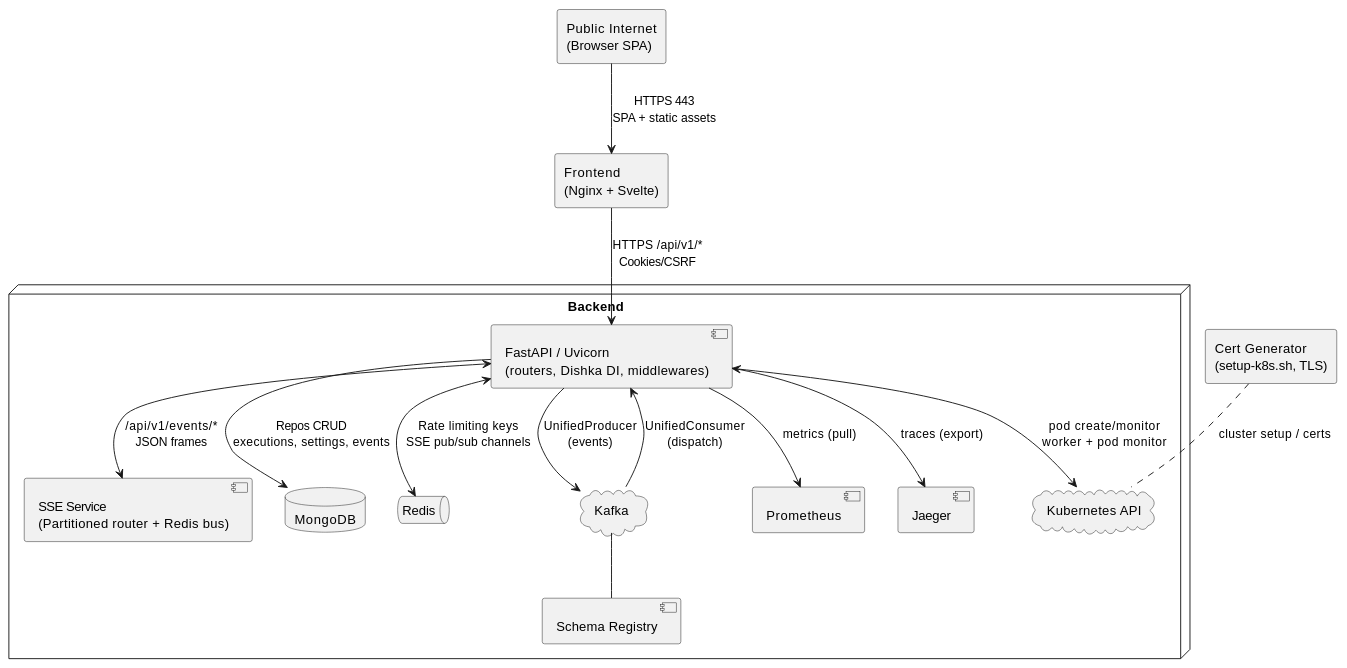
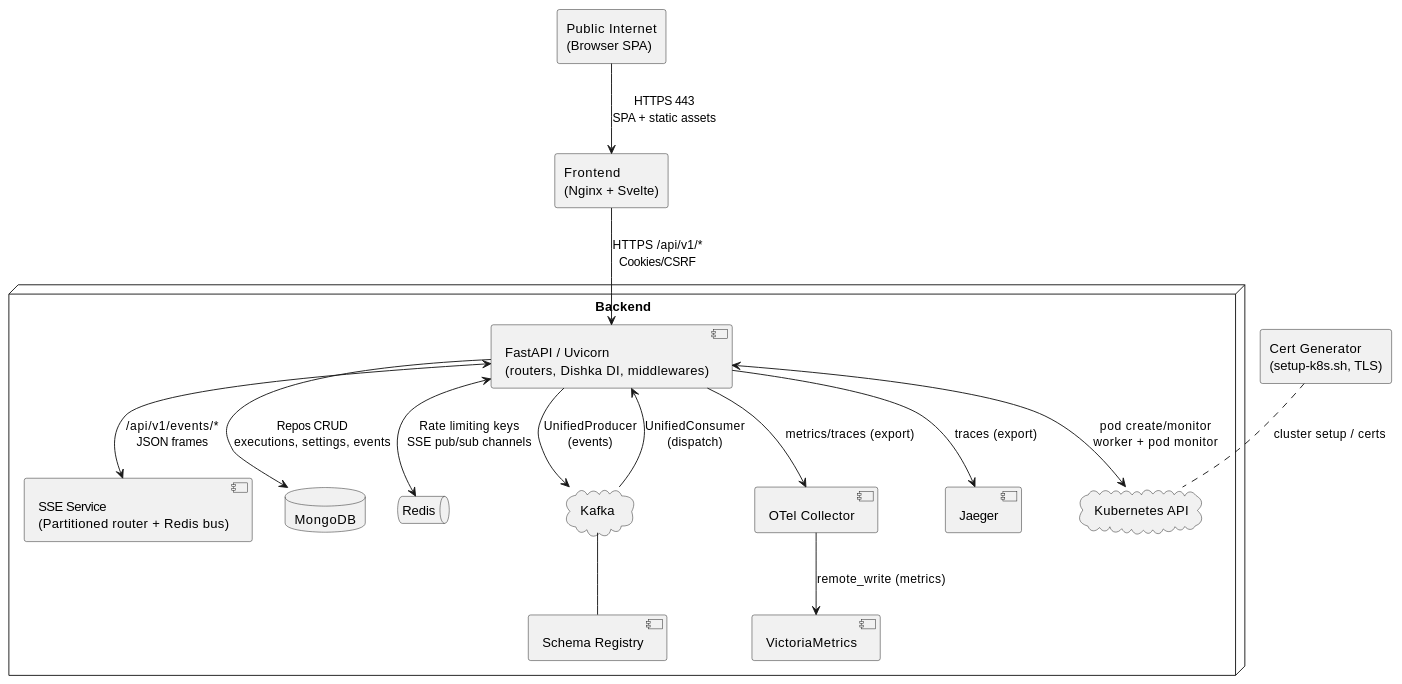
Before and after one commit to HardMax71/Integr8sCode: the first of 3 diagrams in ARCHITECTURE_IN_DETAILS.md, drawn with PlantUML. The commit also changed other lines of this file and 359 other files, not shown here.

````diff
--- a/ARCHITECTURE_IN_DETAILS.md
+++ b/ARCHITECTURE_IN_DETAILS.md
@@ -8,37 +8,32 @@
 ```plantuml
 @startuml
-skinparam monochrome true
-skinparam shadowing false
-
 rectangle "Public Internet\n(Browser SPA)" as Browser
 rectangle "Frontend\n(Nginx + Svelte)" as Frontend
-
 node "Backend" as Backend {
   [FastAPI / Uvicorn\n(routers, Dishka DI, middlewares)] as FastAPI
   [SSE Service\n(Partitioned router + Redis bus)] as SSE
   database "MongoDB" as Mongo
   queue "Redis" as Redis
   cloud "Kafka" as Kafka
   [Schema Registry] as Schema
   cloud "Kubernetes API" as K8s
-  [Prometheus] as Prom
+  [OTel Collector] as OTel
+  [VictoriaMetrics] as VM
   [Jaeger] as Jaeger
 }
-
 rectangle "Cert Generator\n(setup-k8s.sh, TLS)" as CertGen
-
 Browser --> Frontend : HTTPS 443\nSPA + static assets
 Frontend --> FastAPI : HTTPS /api/v1/*\nCookies/CSRF
 FastAPI <--> SSE     : /api/v1/events/*\nJSON frames
 FastAPI --> Mongo    : Repos CRUD\nexecutions, settings, events
 FastAPI <--> Redis   : Rate limiting keys\nSSE pub/sub channels
 FastAPI --> Kafka    : UnifiedProducer\n(events)
 Kafka --> FastAPI    : UnifiedConsumer\n(dispatch)
 Kafka -- Schema
 FastAPI <--> K8s     : pod create/monitor\nworker + pod monitor
-FastAPI --> Prom     : metrics (pull)
+FastAPI --> OTel     : metrics/traces (export)
+OTel --> VM          : remote_write (metrics)
 FastAPI --> Jaeger   : traces (export)
 CertGen .. K8s       : cluster setup / certs
-
 @enduml
 ```
````
